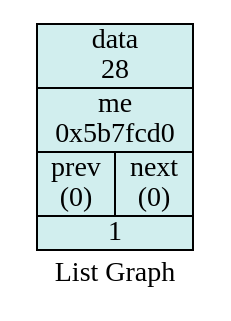
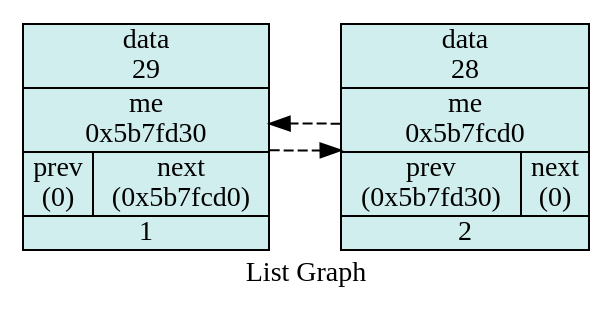
The diagram in 5_list/txt/graph_list.dot (StaVan28/iLab), drawn with Graphviz before and after one commit. The commit also changed 12 other files, not shown here.

```diff
--- a/5_list/txt/graph_list.dot
+++ b/5_list/txt/graph_list.dot
@@ -1,11 +1,14 @@
 digraph List {
 
 	node [shape = "circle", style = "filled", fillcolor = "salmon1", fontcolor = "#000000", margin = "0.01"];
 	edge [style = "dashed"];
 	rankdir = "LR"
 
 	label = "List Graph";
 
-	"V0x5b7fcd0"[shape = "record", fillcolor="lightcyan2", label = "    data\n28 |    me\n0x5b7fcd0 | {prev\n(0) |  next\n(0)} | <f0> 1"];
+	"V0x5b7fd30"[shape = "record", fillcolor="lightcyan2", label = "    data\n29 |    me\n0x5b7fd30 | {prev\n(0) |  next\n(0x5b7fcd0)} | <f0> 1"];
+	"V0x5b7fcd0"[shape = "record", fillcolor="lightcyan2", label = "    data\n28 |    me\n0x5b7fcd0 | {prev\n(0x5b7fd30) |  next\n(0)} | <f0> 2"];
 
+	"V0x5b7fd30"->"V0x5b7fcd0";
+	"V0x5b7fcd0"->"V0x5b7fd30";
 }
```
